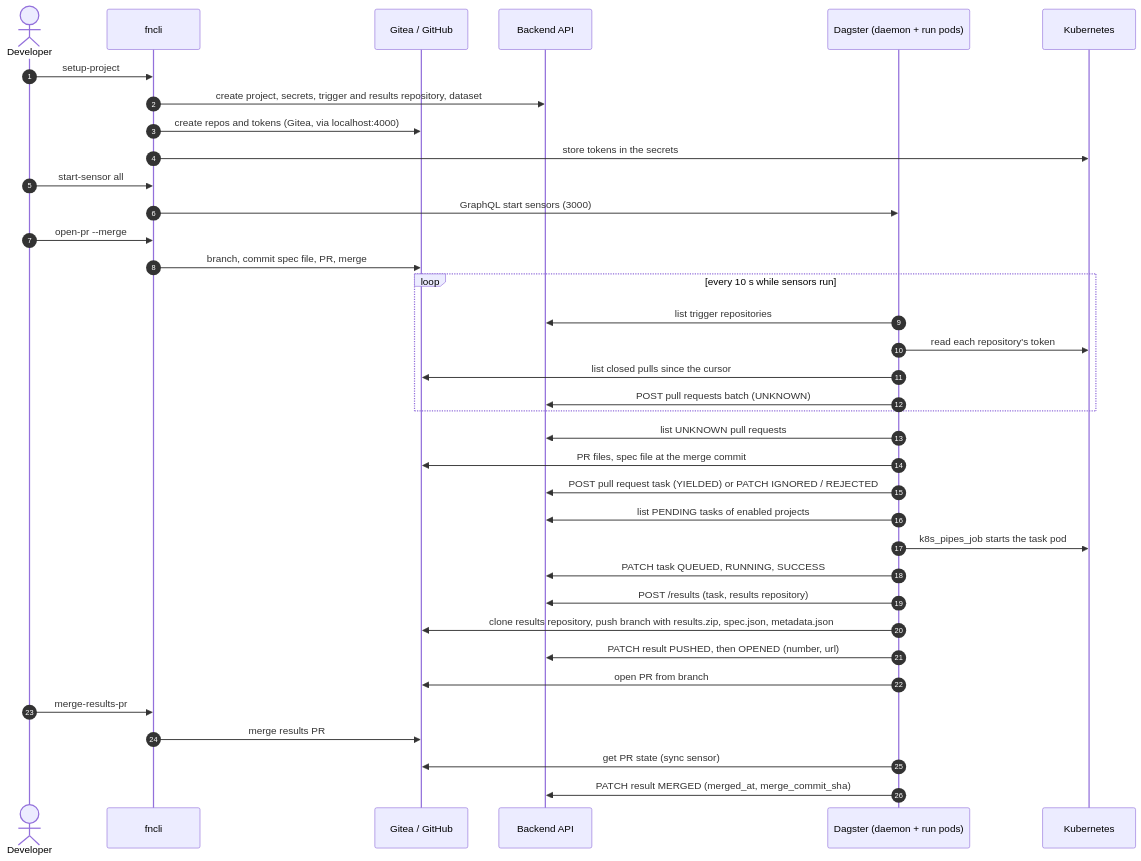
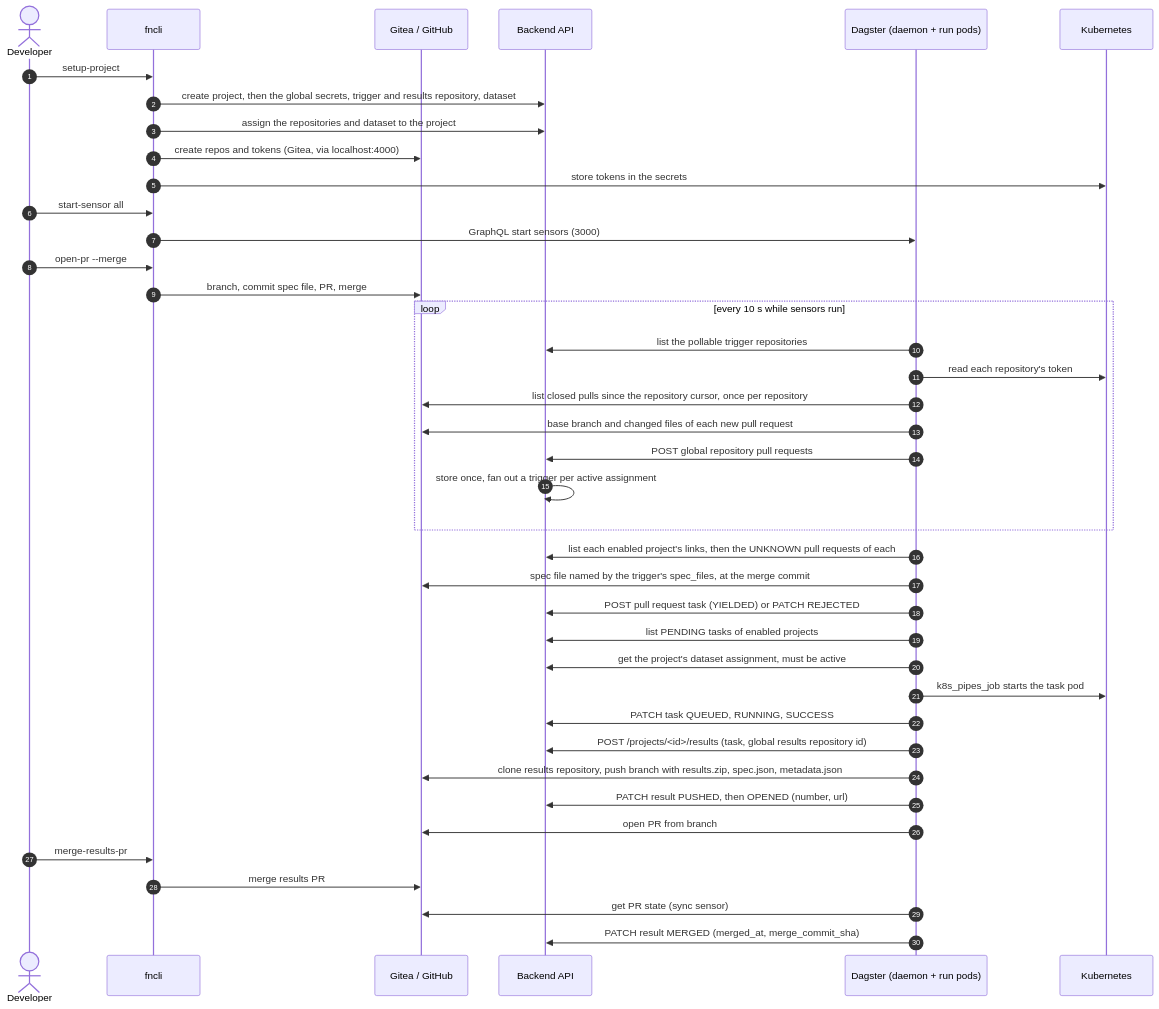
The second of 3 diagrams in docs/architecture/flows.md (Aridhia-Open-Source/PHEMS_federated_node), drawn with Mermaid before and after one commit. The commit also changed other lines of this file and 33 other files, not shown here.

````diff
--- a/docs/architecture/flows.md
+++ b/docs/architecture/flows.md
@@ -36,40 +56,44 @@
 ```mermaid
 sequenceDiagram
     autonumber
     actor Dev as Developer
     participant CLI as fncli
     participant Git as Gitea / GitHub
     participant BE as Backend API
     participant DG as Dagster (daemon + run pods)
     participant K8s as Kubernetes
 
     Dev->>CLI: setup-project
-    CLI->>BE: create project, secrets, trigger and results repository, dataset
+    CLI->>BE: create project, then the global secrets, trigger and results repository, dataset
+    CLI->>BE: assign the repositories and dataset to the project
     CLI->>Git: create repos and tokens (Gitea, via localhost:4000)
     CLI->>K8s: store tokens in the secrets
     Dev->>CLI: start-sensor all
     CLI->>DG: GraphQL start sensors (3000)
     Dev->>CLI: open-pr --merge
     CLI->>Git: branch, commit spec file, PR, merge
 
     loop every 10 s while sensors run
-        DG->>BE: list trigger repositories
+        DG->>BE: list the pollable trigger repositories
         DG->>K8s: read each repository's token
-        DG->>Git: list closed pulls since the cursor
-        DG->>BE: POST pull requests batch (UNKNOWN)
+        DG->>Git: list closed pulls since the repository cursor, once per repository
+        DG->>Git: base branch and changed files of each new pull request
+        DG->>BE: POST global repository pull requests
+        BE->>BE: store once, fan out a trigger per active assignment
     end
-    DG->>BE: list UNKNOWN pull requests
-    DG->>Git: PR files, spec file at the merge commit
-    DG->>BE: POST pull request task (YIELDED) or PATCH IGNORED / REJECTED
+    DG->>BE: list each enabled project's links, then the UNKNOWN pull requests of each
+    DG->>Git: spec file named by the trigger's spec_files, at the merge commit
+    DG->>BE: POST pull request task (YIELDED) or PATCH REJECTED
     DG->>BE: list PENDING tasks of enabled projects
+    DG->>BE: get the project's dataset assignment, must be active
     DG->>K8s: k8s_pipes_job starts the task pod
     DG->>BE: PATCH task QUEUED, RUNNING, SUCCESS
-    DG->>BE: POST /results (task, results repository)
+    DG->>BE: POST /projects/<id>/results (task, global results repository id)
     DG->>Git: clone results repository, push branch with results.zip, spec.json, metadata.json
     DG->>BE: PATCH result PUSHED, then OPENED (number, url)
     DG->>Git: open PR from branch
     Dev->>CLI: merge-results-pr
     CLI->>Git: merge results PR
     DG->>Git: get PR state (sync sensor)
     DG->>BE: PATCH result MERGED (merged_at, merge_commit_sha)
 ```
````
